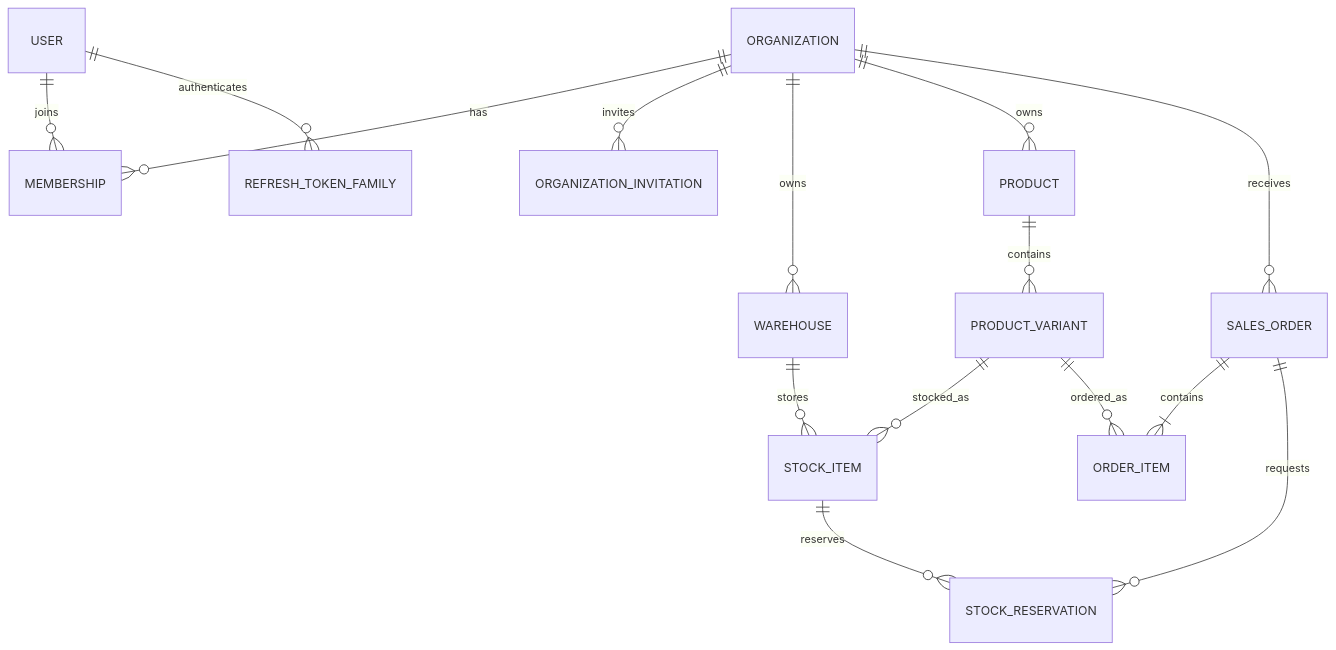
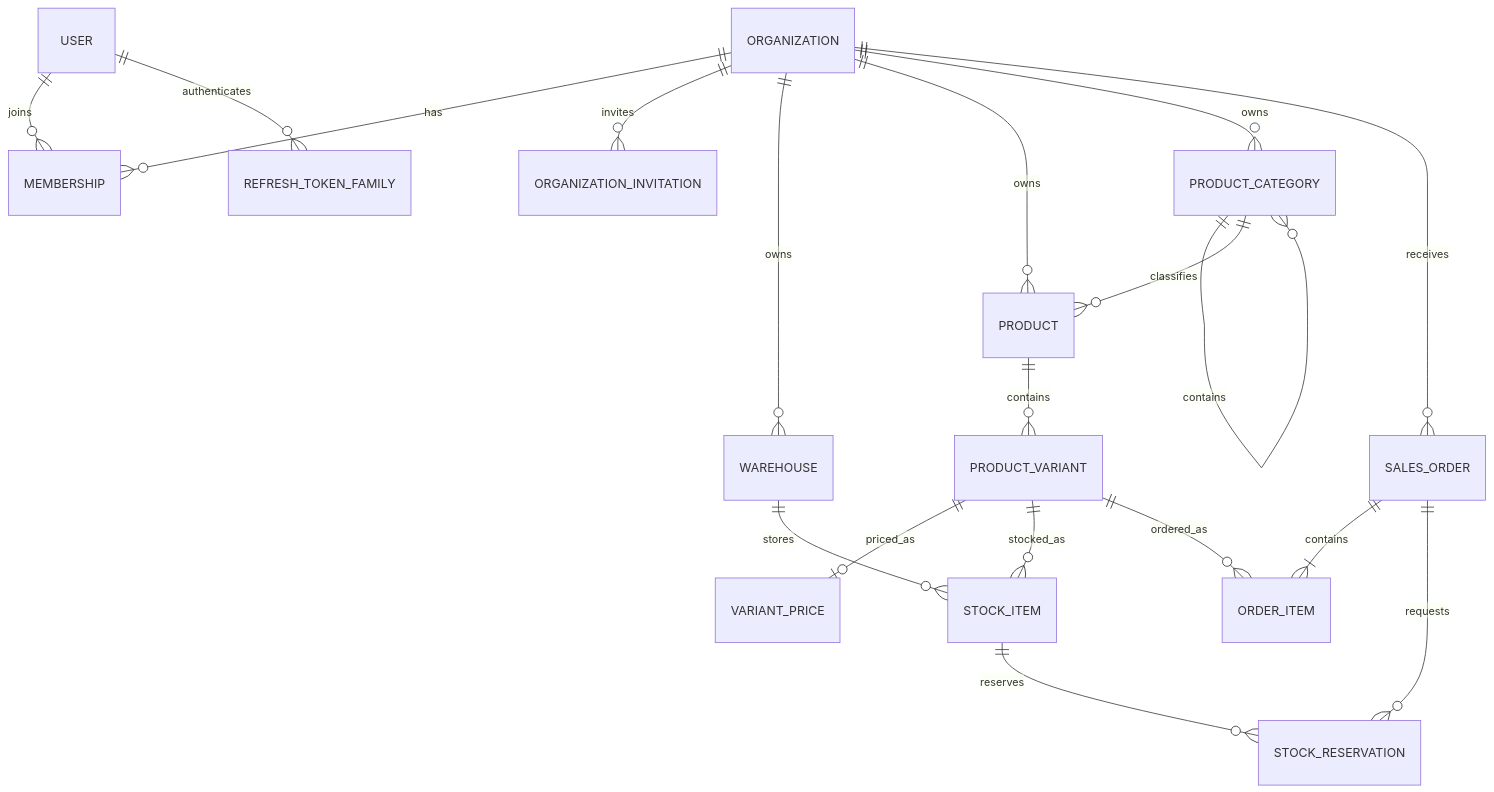
The diagram in docs/data-model.md (dzhumaniyazovdamir-alt/nexustrade), drawn with Mermaid before and after one commit. The commit also changed other lines of this file and 49 other files, not shown here.

````diff
--- a/docs/data-model.md
+++ b/docs/data-model.md
@@ -5,17 +5,21 @@
 ```mermaid
 erDiagram
     ORGANIZATION ||--o{ MEMBERSHIP : has
     USER ||--o{ MEMBERSHIP : joins
     USER ||--o{ REFRESH_TOKEN_FAMILY : authenticates
     ORGANIZATION ||--o{ ORGANIZATION_INVITATION : invites
     ORGANIZATION ||--o{ WAREHOUSE : owns
     ORGANIZATION ||--o{ PRODUCT : owns
+    ORGANIZATION ||--o{ PRODUCT_CATEGORY : owns
+    PRODUCT_CATEGORY ||--o{ PRODUCT_CATEGORY : contains
+    PRODUCT_CATEGORY ||--o{ PRODUCT : classifies
     PRODUCT ||--o{ PRODUCT_VARIANT : contains
+    PRODUCT_VARIANT ||--o| VARIANT_PRICE : priced_as
     WAREHOUSE ||--o{ STOCK_ITEM : stores
     PRODUCT_VARIANT ||--o{ STOCK_ITEM : stocked_as
     ORGANIZATION ||--o{ SALES_ORDER : receives
     SALES_ORDER ||--|{ ORDER_ITEM : contains
     PRODUCT_VARIANT ||--o{ ORDER_ITEM : ordered_as
     STOCK_ITEM ||--o{ STOCK_RESERVATION : reserves
     SALES_ORDER ||--o{ STOCK_RESERVATION : requests
 ```
````
